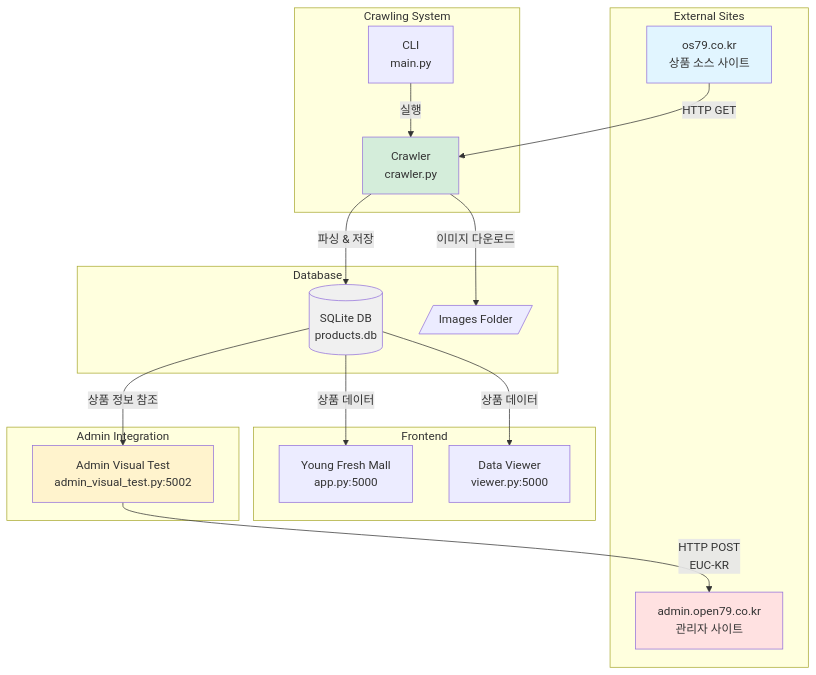
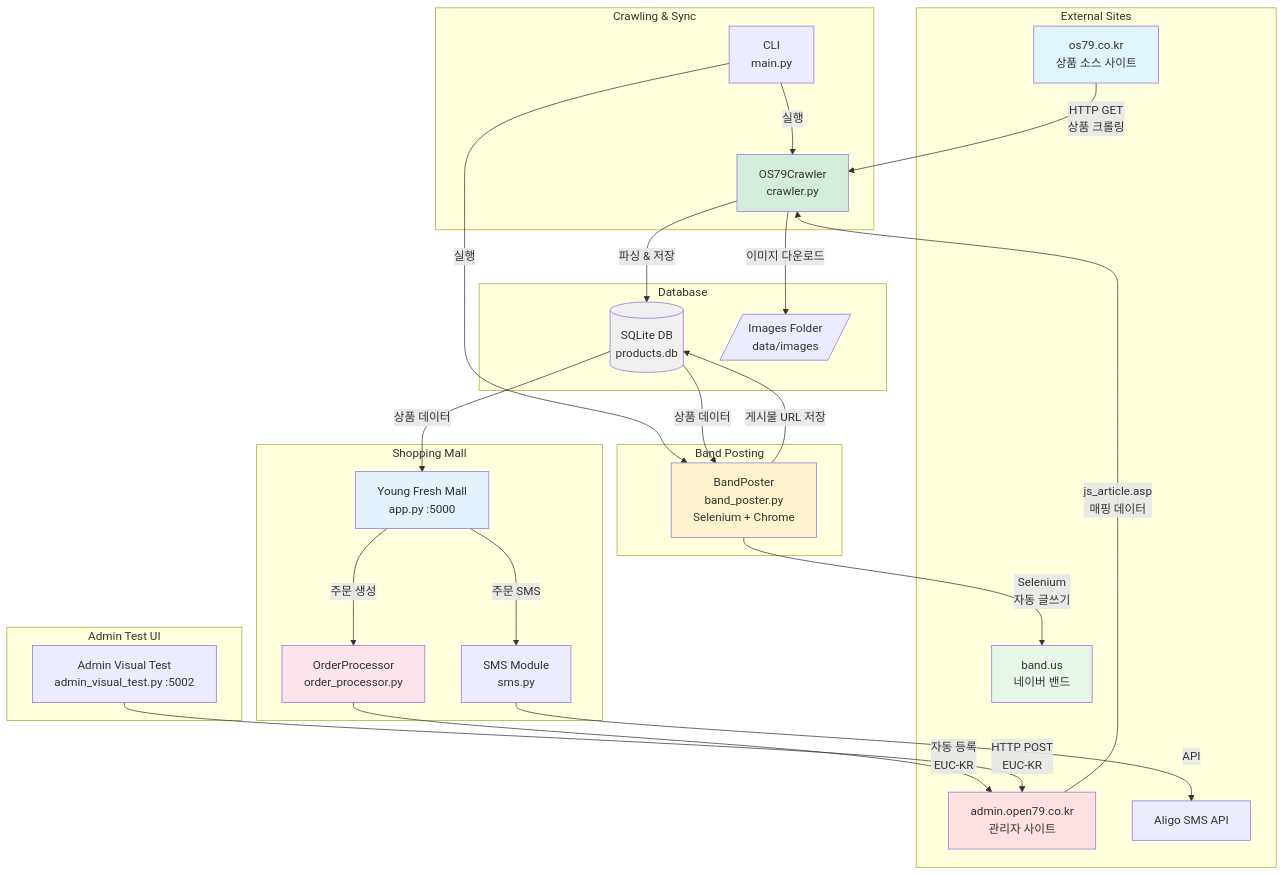
One commit to Yejinius/Fruits_final changed the first of 9 diagrams in PROJECT_DOCUMENTATION.md. Above: the diagram before and after it, drawn with Mermaid. The commit also changed other lines of this file and 678 other files, not shown here.

Commit message:
feat: Add `band_poster.py` and `order_processor.py`, update `config.py`, `models.py`, `crawler.py`, and project documentation.

````diff
--- a/PROJECT_DOCUMENTATION.md
+++ b/PROJECT_DOCUMENTATION.md
@@ -18,43 +22,62 @@
 ```mermaid
 graph TB
     subgraph "External Sites"
         OS79[os79.co.kr<br/>상품 소스 사이트]
         ADMIN[admin.open79.co.kr<br/>관리자 사이트]
+        BAND[band.us<br/>네이버 밴드]
+        ALIGO[Aligo SMS API]
     end
 
-    subgraph "Crawling System"
-        CRAWLER[Crawler<br/>crawler.py]
+    subgraph "Crawling & Sync"
+        CRAWLER[OS79Crawler<br/>crawler.py]
         MAIN[CLI<br/>main.py]
     end
 
     subgraph "Database"
         DB[(SQLite DB<br/>products.db)]
-        IMAGES[/Images Folder/]
+        IMAGES[/Images Folder<br/>data/images/]
     end
 
-    subgraph "Frontend"
-        MALL[Young Fresh Mall<br/>app.py:5000]
-        VIEWER[Data Viewer<br/>viewer.py:5000]
+    subgraph "Shopping Mall"
+        MALL[Young Fresh Mall<br/>app.py :5000]
+        ORDER[OrderProcessor<br/>order_processor.py]
+        SMS[SMS Module<br/>sms.py]
     end
 
-    subgraph "Admin Integration"
-        ADMINTEST[Admin Visual Test<br/>admin_visual_test.py:5002]
+    subgraph "Band Posting"
+        POSTER[BandPoster<br/>band_poster.py<br/>Selenium + Chrome]
     end
 
-    OS79 -->|HTTP GET| CRAWLER
+    subgraph "Admin Test UI"
+        ADMINTEST[Admin Visual Test<br/>admin_visual_test.py :5002]
+    end
+
+    OS79 -->|HTTP GET<br/>상품 크롤링| CRAWLER
+    ADMIN -->|js_article.asp<br/>매핑 데이터| CRAWLER
     CRAWLER -->|파싱 & 저장| DB
     CRAWLER -->|이미지 다운로드| IMAGES
     MAIN -->|실행| CRAWLER
+    MAIN -->|실행| POSTER
 
     DB -->|상품 데이터| MALL
-    DB -->|상품 데이터| VIEWER
-    DB -->|상품 정보 참조| ADMINTEST
+    DB -->|상품 데이터| POSTER
+
+    MALL -->|주문 생성| ORDER
+    ORDER -->|자동 등록<br/>EUC-KR| ADMIN
+    MALL -->|주문 SMS| SMS
+    SMS -->|API| ALIGO
+
+    POSTER -->|Selenium<br/>자동 글쓰기| BAND
+    POSTER -->|게시물 URL 저장| DB
 
     ADMINTEST -->|HTTP POST<br/>EUC-KR| ADMIN
 
     style OS79 fill:#e1f5ff
     style ADMIN fill:#ffe1e1
+    style BAND fill:#e8f5e9
     style DB fill:#f0f0f0
     style CRAWLER fill:#d4edda
-    style ADMINTEST fill:#fff3cd
+    style POSTER fill:#fff3cd
+    style MALL fill:#e3f2fd
+    style ORDER fill:#fce4ec
 ```
````
